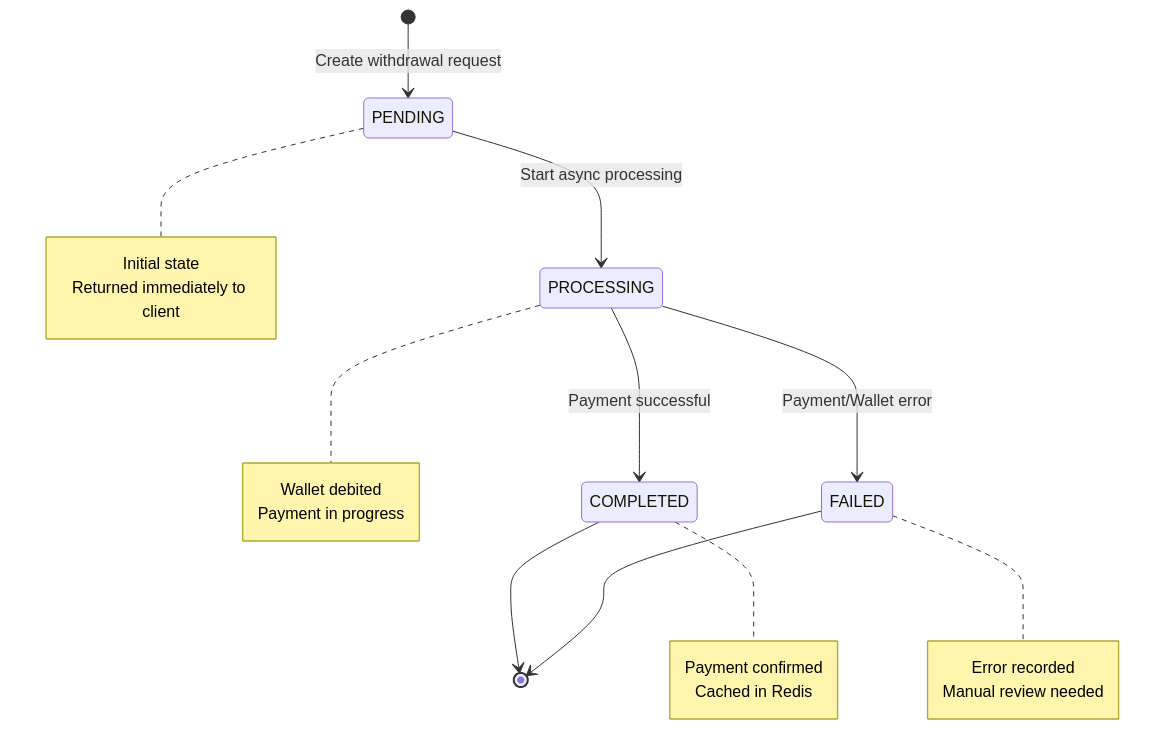
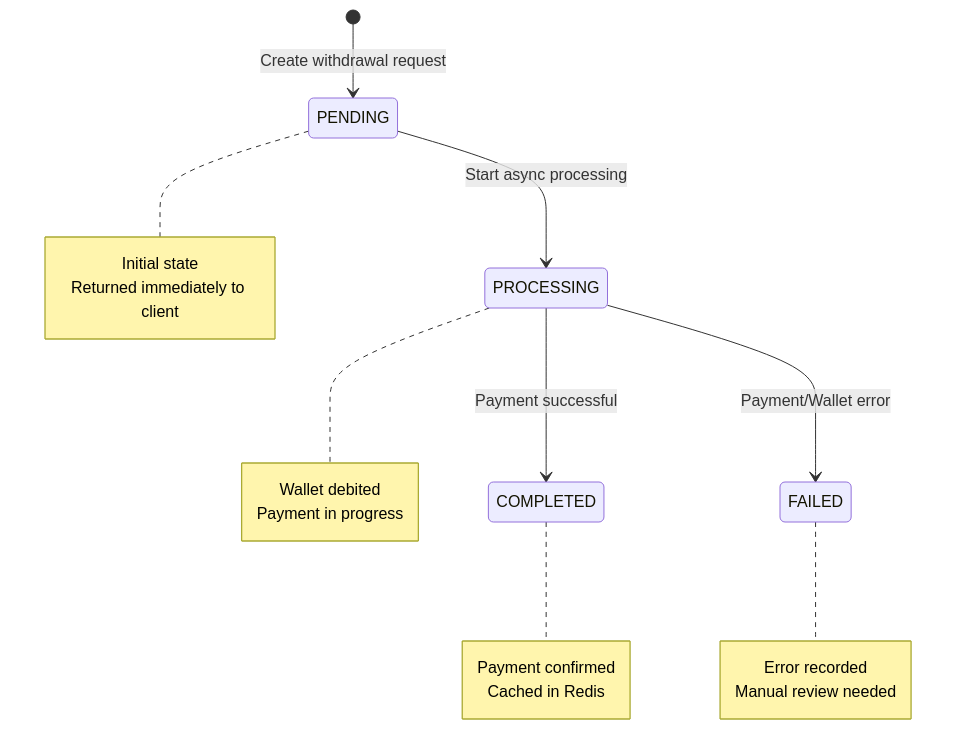
The fifth of 8 diagrams in README.md (brunorp/ontop-challenge), drawn with Mermaid before and after one commit.

````diff
--- a/README.md
+++ b/README.md
@@ -299,29 +299,27 @@
 ```mermaid
 stateDiagram-v2
     [*] --> PENDING: Create withdrawal request
     PENDING --> PROCESSING: Start async processing
     PROCESSING --> COMPLETED: Payment successful
     PROCESSING --> FAILED: Payment/Wallet error
-    COMPLETED --> [*]
-    FAILED --> [*]
     
     note right of PENDING
         Initial state
         Returned immediately to client
     end note
     
     note right of PROCESSING
         Wallet debited
         Payment in progress
     end note
     
     note right of COMPLETED
         Payment confirmed
         Cached in Redis
     end note
     
     note right of FAILED
         Error recorded
         Manual review needed
     end note
 ```
````
